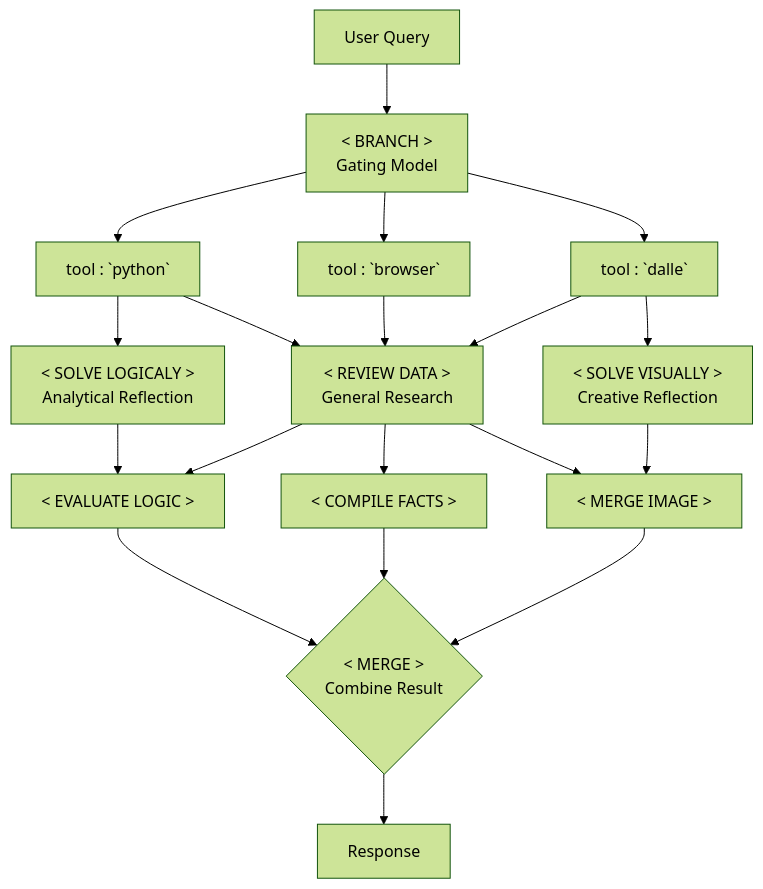
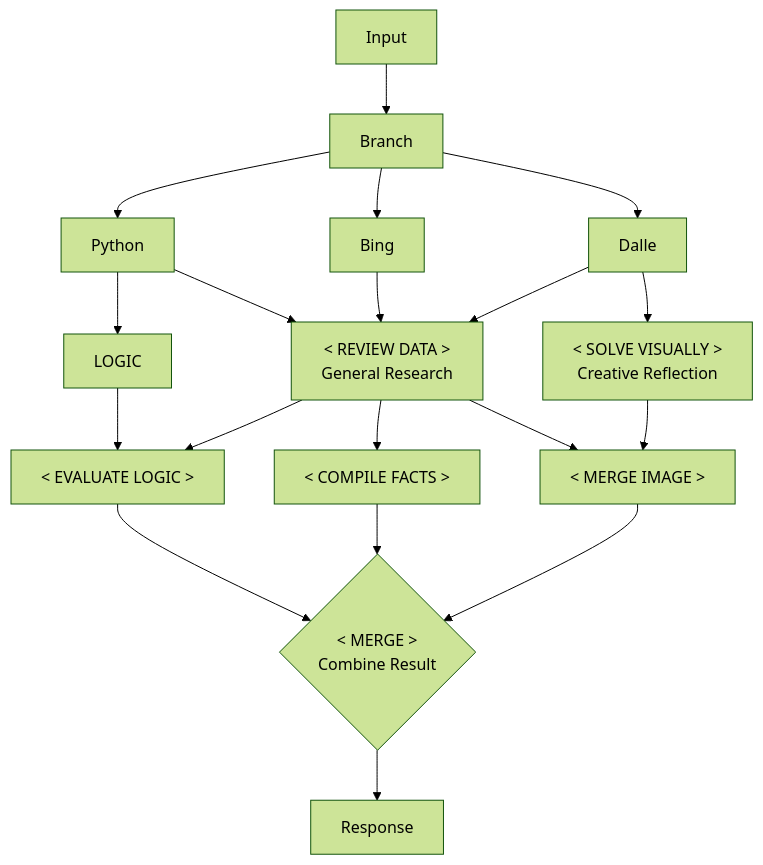
Before and after one commit to Mind-Interfaces/CogniSphere: the diagram in COGNITION.md, drawn with Mermaid (forest theme).

````diff
--- a/COGNITION.md
+++ b/COGNITION.md
@@ -1,39 +1,37 @@
 ```mermaid
 graph TD;
 
-    Input[User Query];
+    Input;
 
-    Input --> Branch[   <  BRANCH   >
-                        Gating Model];
+    Input --> Branch;
 
-    Branch --> Dalle[tool : `dalle`];
-    Branch --> Python[tool : `python`];
-    Branch --> Bing[tool : `browser`];
+    Branch --> Dalle;
+    Branch --> Python;
+    Branch --> Bing;
 
-    Python --> LOGIC[    <   SOLVE LOGICALY >
-                        Analytical Reflection];
-    Python --> FACTS
+    Python --> LOGIC;
+    Python --> FACTS;
     
     Bing --> FACTS[      <   REVIEW DATA >
                         General Research];
     
     Dalle --> IMAGE[    <   SOLVE VISUALLY >
                         Creative Reflection];
     Dalle --> FACTS;
 
 
     LOGIC --> THEORY[< EVALUATE LOGIC >];
     FACTS --> THEORY[< EVALUATE LOGIC >];
 
     FACTS --> DATA[< COMPILE FACTS >];
 
     FACTS --> ART[< MERGE IMAGE >];
     IMAGE --> ART[< MERGE IMAGE >];
 
     THEORY --> Result;
     DATA --> Result;
     ART --> Result{   <   MERGE   > 
                         Combine Result};
 
     Result --> Output[Response];
 ```
````
